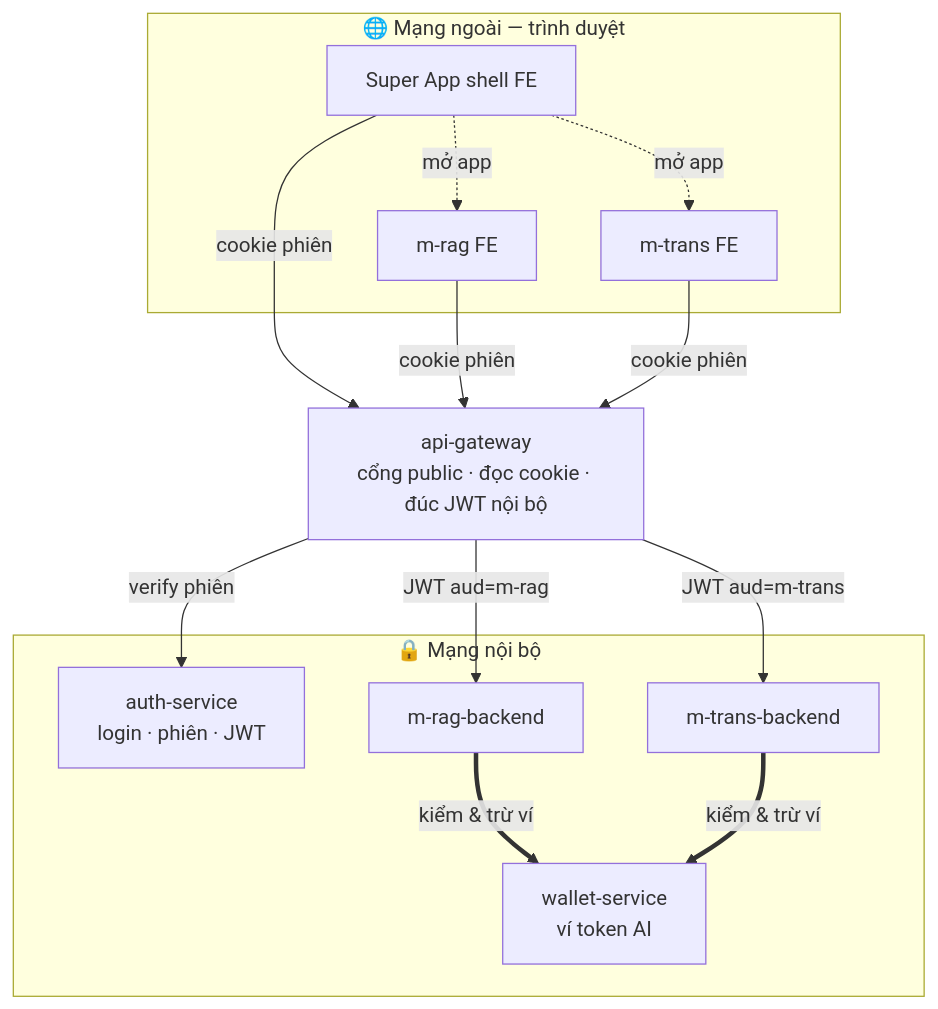
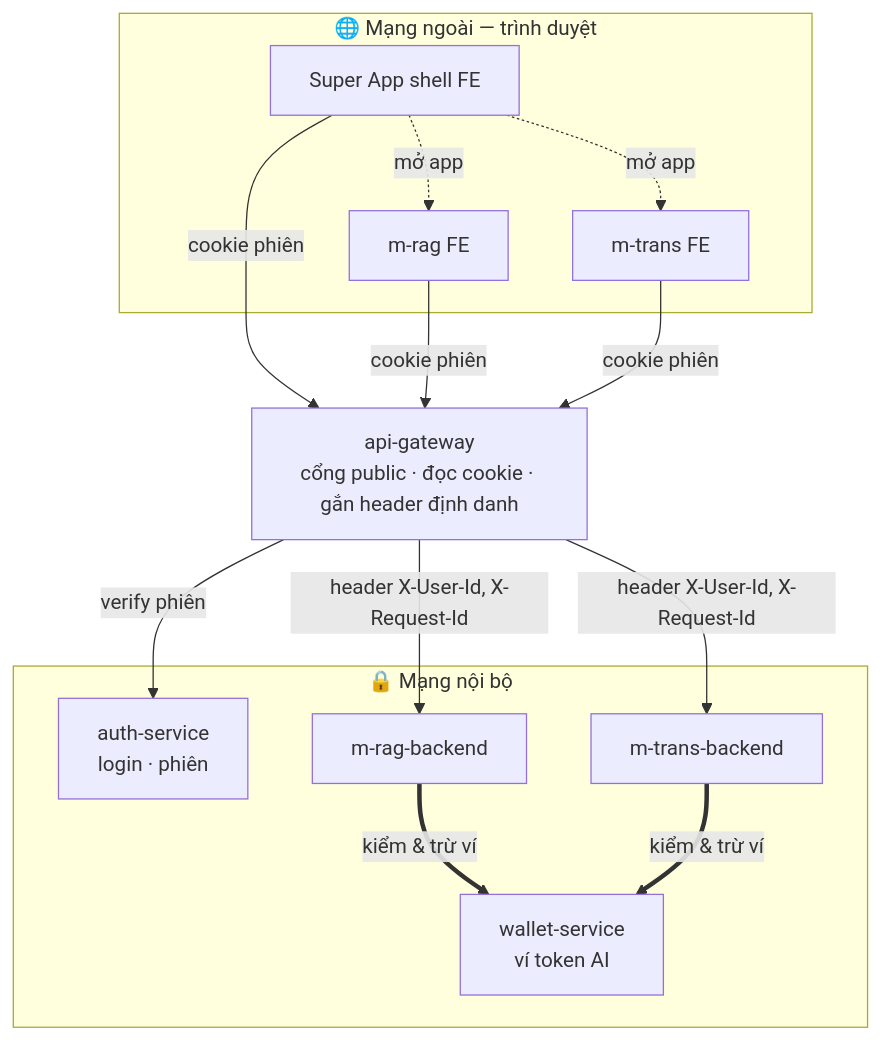
Before and after one commit to CVThien2k2/joytab: the first of 4 diagrams in docs/superapp-miniapp-auth-architecture-20260605.md, drawn with Mermaid. The commit also changed other lines of this file and 1 other file, not shown here.

````diff
--- a/docs/superapp-miniapp-auth-architecture-20260605.md
+++ b/docs/superapp-miniapp-auth-architecture-20260605.md
@@ -42,29 +43,29 @@
 ```mermaid
 flowchart TB
     subgraph EXT["🌐 Mạng ngoài — trình duyệt"]
         SHELL["Super App shell FE"]
         RAGFE["m-rag FE"]
         TRANSFE["m-trans FE"]
     end
 
-    API["api-gateway<br/>cổng public · đọc cookie · đúc JWT nội bộ"]
+    API["api-gateway<br/>cổng public · đọc cookie · gắn header định danh"]
 
     subgraph INT["🔒 Mạng nội bộ"]
-        AUTH["auth-service<br/>login · phiên · JWT"]
+        AUTH["auth-service<br/>login · phiên"]
         WALLET["wallet-service<br/>ví token AI"]
         RAGBE["m-rag-backend"]
         TRANSBE["m-trans-backend"]
     end
 
     SHELL -.->|mở app| RAGFE
     SHELL -.->|mở app| TRANSFE
 
     SHELL & RAGFE & TRANSFE -->|cookie phiên| API
 
     API -->|verify phiên| AUTH
-    API -->|JWT aud=m-rag| RAGBE
-    API -->|JWT aud=m-trans| TRANSBE
+    API -->|header X-User-Id, X-Request-Id| RAGBE
+    API -->|header X-User-Id, X-Request-Id| TRANSBE
 
     RAGBE ==>|kiểm & trừ ví| WALLET
     TRANSBE ==>|kiểm & trừ ví| WALLET
 ```
````
